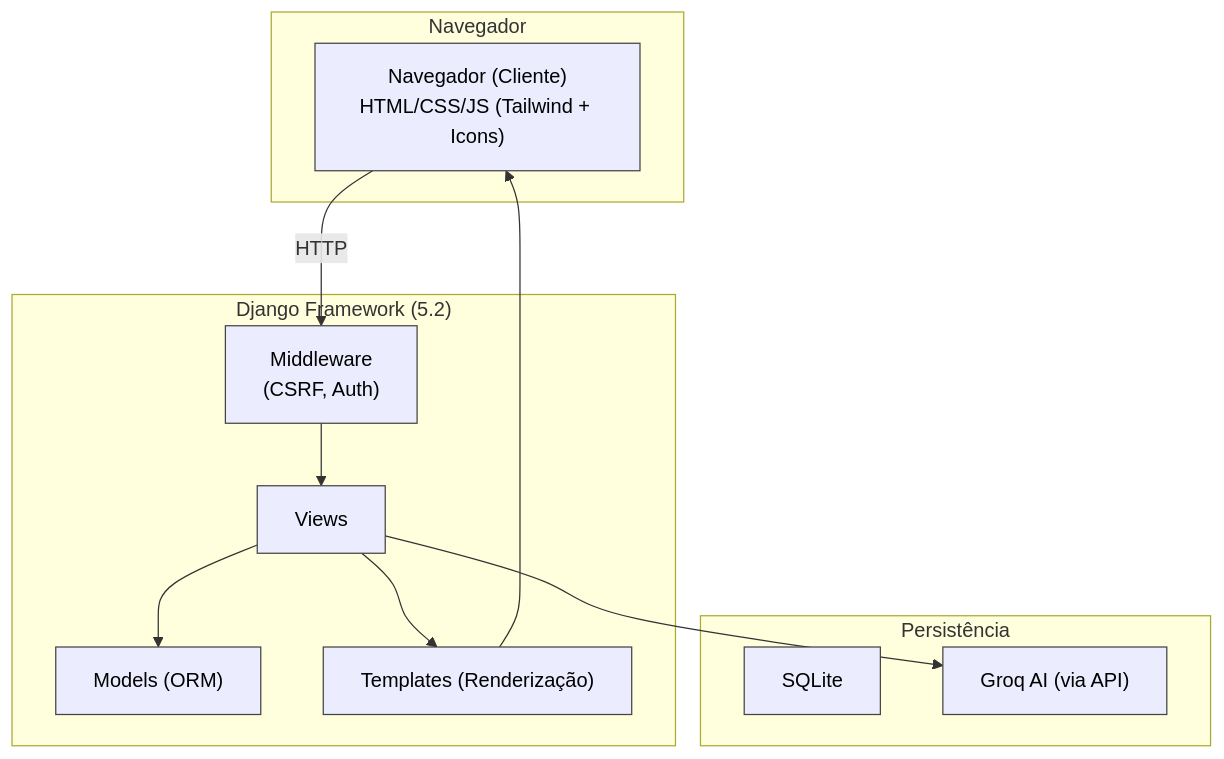
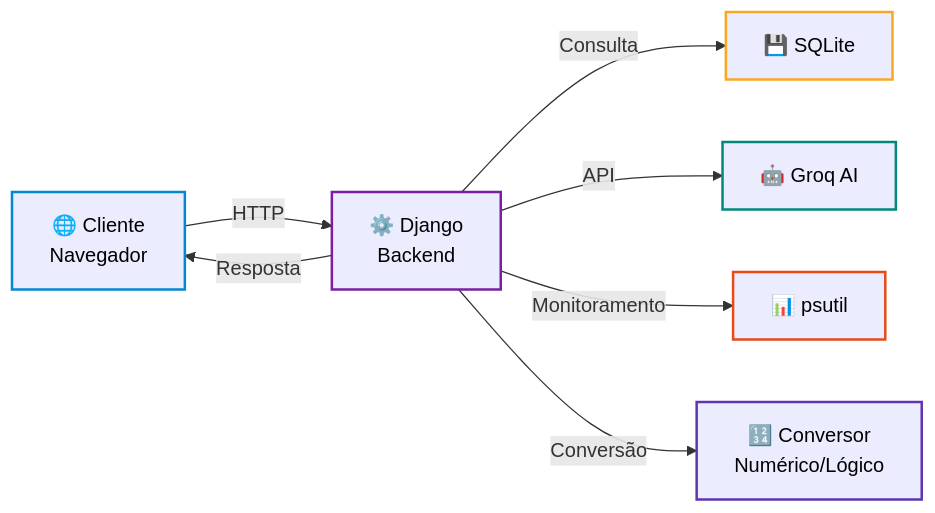
Before and after one commit to eukauacavalcante/morpheus_env: the diagram in docs/overview.md, drawn with Mermaid. The commit also changed 1 other file, not shown here.

Commit message:
style(docs): melhorar visualização dos diagramas Mermaid

````diff
--- a/docs/overview.md
+++ b/docs/overview.md
@@ -104,33 +104,17 @@
 ``` mermaid
-flowchart TD
-    subgraph Navegador
-        A["Navegador (Cliente)<br>HTML/CSS/JS (Tailwind + Icons)"]
-    end
 
-    subgraph Django ["Django Framework (5.2)"]
-        B2["Middleware<br>(CSRF, Auth)"]
-        B1["Views"]
-        B3["Models (ORM)"]
-        B4["Templates (Renderização)"]
-    end
+flowchart LR
+    A["🌐 Cliente<br/>Navegador"] -->|HTTP| B["⚙️ Django<br/>Backend"]
+    B -->|Consulta| C["💾 SQLite"]
+    B -->|API| D["🤖 Groq AI"]
+    B -->|Monitoramento| E["📊 psutil"]
+    B -->|Conversão| F["🔢 Conversor<br/>Numérico/Lógico"]
+    B -->|Resposta| A
 
-    subgraph Persistencia ["Persistência"]
-        C1["SQLite"]
-        C2["Groq AI (via API)"]
-    end
-
-    A -->|HTTP| B2
-    B2 --> B1
-    B1 --> B3
-    B1 --> C2
-    B1 --> B4
-    B4 --> A
-
-    style A stroke:#444,color:#000
-    style B1 stroke:#444,color:#000
-    style B2 stroke:#444,color:#000
-    style B3 stroke:#444,color:#000
-    style B4 stroke:#444,color:#000
-    style C1 stroke:#444,color:#000
-    style C2 stroke:#444,color:#000
+    style A stroke:#0288d1,stroke-width:2px,color:#000
+    style B stroke:#7b1fa2,stroke-width:2px,color:#000
+    style C stroke:#f9a825,stroke-width:2px,color:#000
+    style D stroke:#00897b,stroke-width:2px,color:#000
+    style E stroke:#e64a19,stroke-width:2px,color:#000
+    style F stroke:#5e35b1,stroke-width:2px,color:#000
 ```
````
